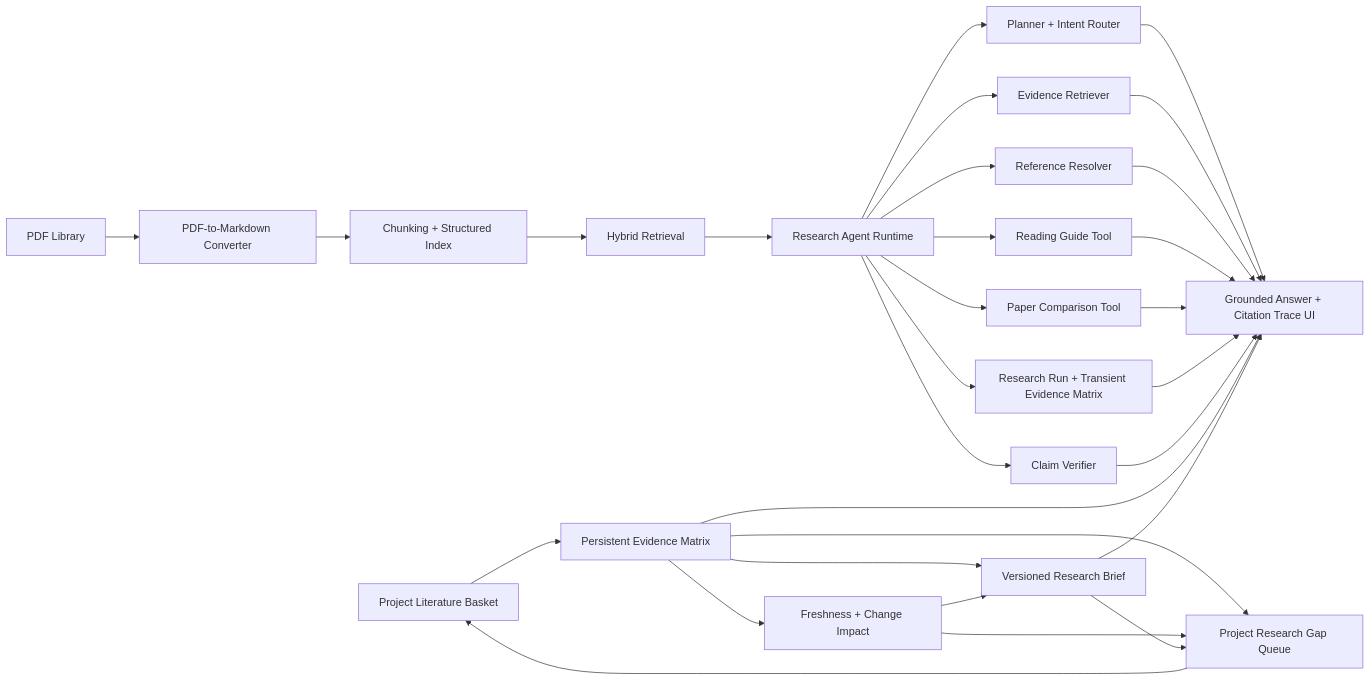
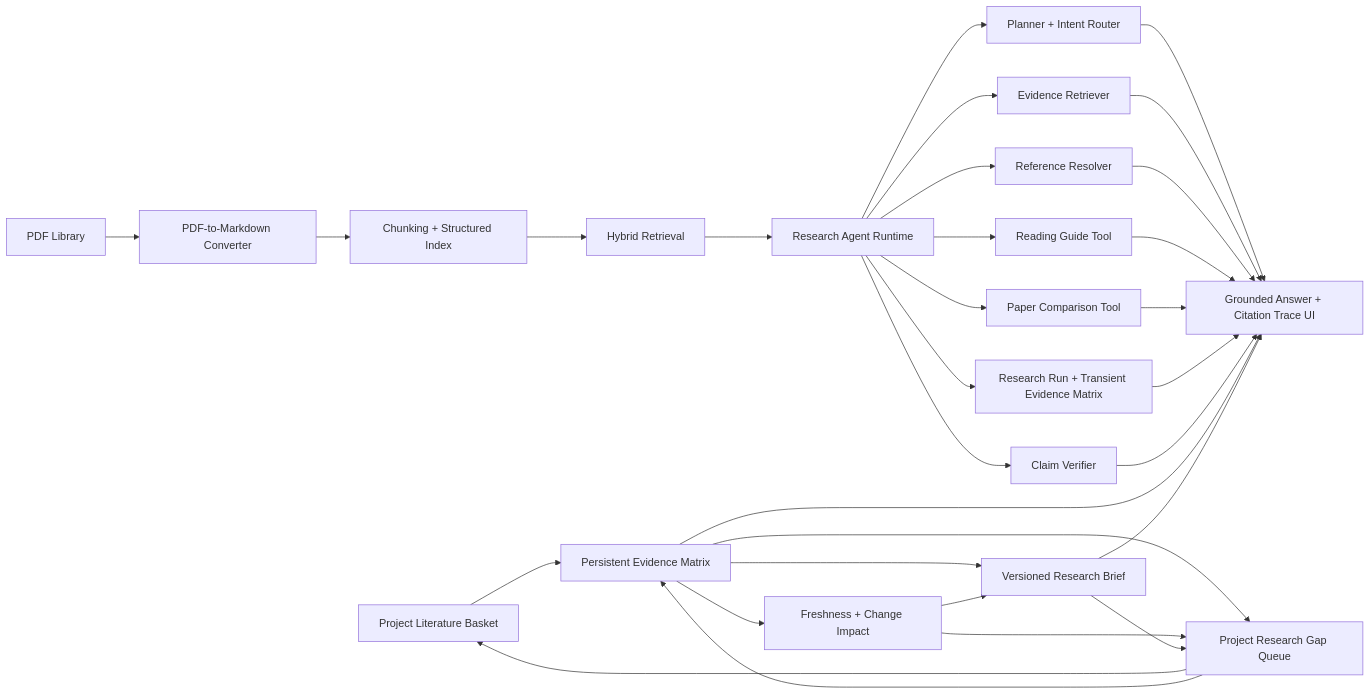
Before and after one commit to LittlePyx/Pi_zaya: the diagram in README.md, drawn with Mermaid. The commit also changed other lines of this file and 23 other files, not shown here.

````diff
--- a/README.md
+++ b/README.md
@@ -51,31 +51,32 @@
 ```mermaid
 flowchart LR
   A["PDF Library"] --> B["PDF-to-Markdown Converter"]
   B --> C["Chunking + Structured Index"]
   C --> D["Hybrid Retrieval"]
   D --> E["Research Agent Runtime"]
   E --> P["Planner + Intent Router"]
   E --> R["Evidence Retriever"]
   E --> X["Reference Resolver"]
   E --> G["Reading Guide Tool"]
   E --> M["Paper Comparison Tool"]
   E --> Q["Research Run + Transient Evidence Matrix"]
   E --> V["Claim Verifier"]
   L["Project Literature Basket"] --> EM["Persistent Evidence Matrix"]
   EM --> RB["Versioned Research Brief"]
   EM --> F["Freshness + Change Impact"]
   F --> RB
   EM --> RG["Project Research Gap Queue"]
   F --> RG
   RB --> RG
   RG --> L
+  RG --> EM
   P --> O["Grounded Answer + Citation Trace UI"]
   R --> O
   X --> O
   G --> O
   M --> O
   Q --> O
   V --> O
   EM --> O
   RB --> O
 ```
````
